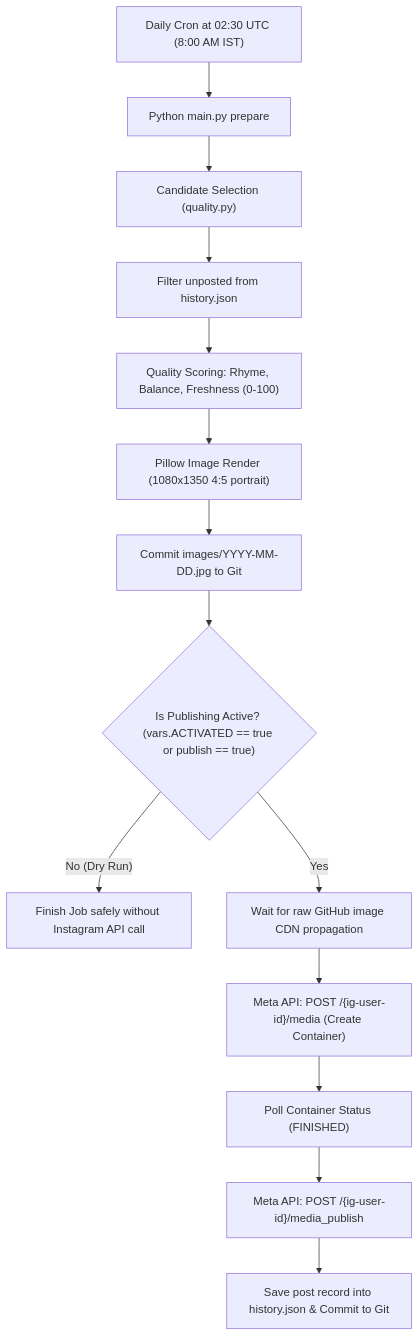
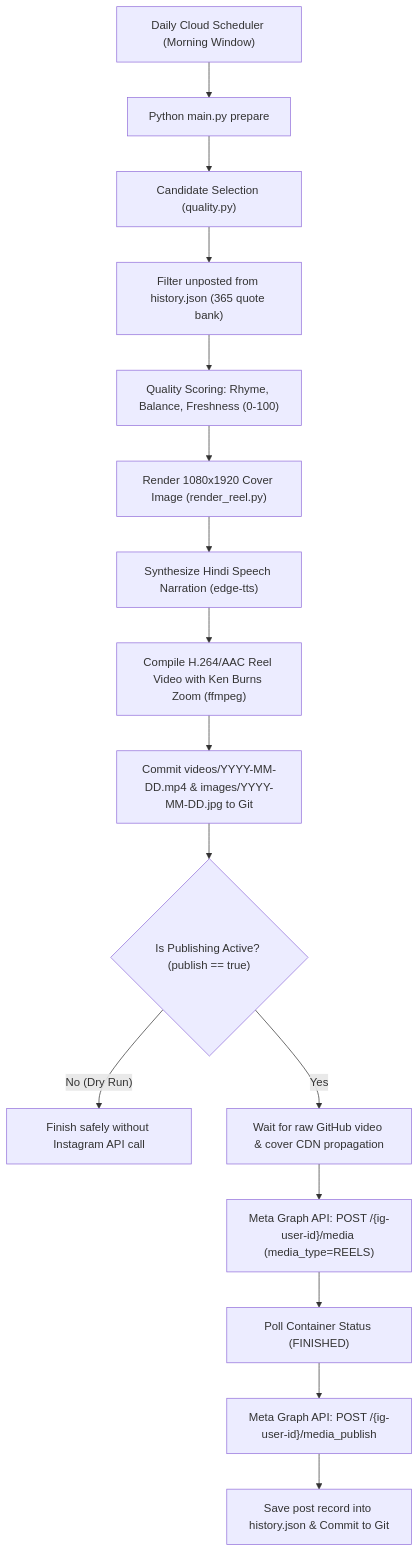
Before and after one commit to Sabirusmani077/insta-autoposter: the diagram in README.md, drawn with Mermaid. The commit also changed other lines of this file and 6 other files, not shown here.

Commit message:
feat(reels): customize daily publisher to generate and publish Instagram Reels with Hindi speech narration and 1080x1920 video

````diff
--- a/README.md
+++ b/README.md
@@ -19,16 +19,18 @@
 ```mermaid
 flowchart TD
-    A["Daily Cron at 02:30 UTC (8:00 AM IST)"] --> B["Python main.py prepare"]
+    A["Daily Cloud Scheduler (Morning Window)"] --> B["Python main.py prepare"]
     B --> C["Candidate Selection (quality.py)"]
-    C --> D["Filter unposted from history.json"]
+    C --> D["Filter unposted from history.json (365 quote bank)"]
     D --> E["Quality Scoring: Rhyme, Balance, Freshness (0-100)"]
-    E --> F["Pillow Image Render (1080x1350 4:5 portrait)"]
-    F --> G["Commit images/YYYY-MM-DD.jpg to Git"]
-    G --> H{"Is Publishing Active? (vars.ACTIVATED == true or publish == true)"}
-    H -- No (Dry Run) --> I["Finish Job safely without Instagram API call"]
-    H -- Yes --> J["Wait for raw GitHub image CDN propagation"]
-    J --> K["Meta API: POST /{ig-user-id}/media (Create Container)"]
-    K --> L["Poll Container Status (FINISHED)"]
-    L --> M["Meta API: POST /{ig-user-id}/media_publish"]
-    M --> N["Save post record into history.json & Commit to Git"]
+    E --> F["Render 1080x1920 Cover Image (render_reel.py)"]
+    F --> G["Synthesize Hindi Speech Narration (edge-tts)"]
+    G --> H["Compile H.264/AAC Reel Video with Ken Burns Zoom (ffmpeg)"]
+    H --> I["Commit videos/YYYY-MM-DD.mp4 & images/YYYY-MM-DD.jpg to Git"]
+    I --> J{"Is Publishing Active? (publish == true)"}
+    J -- No (Dry Run) --> K["Finish safely without Instagram API call"]
+    J -- Yes --> L["Wait for raw GitHub video & cover CDN propagation"]
+    L --> M["Meta Graph API: POST /{ig-user-id}/media (media_type=REELS)"]
+    M --> N["Poll Container Status (FINISHED)"]
+    N --> O["Meta Graph API: POST /{ig-user-id}/media_publish"]
+    O --> P["Save post record into history.json & Commit to Git"]
 ```
````
